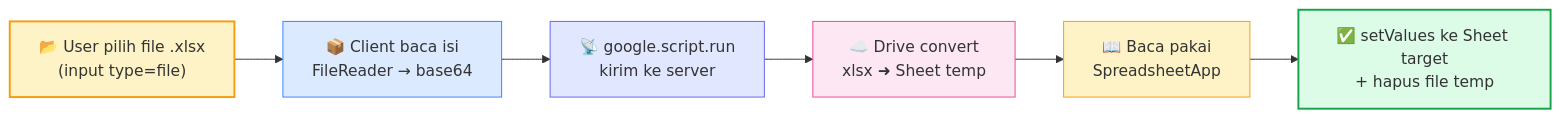
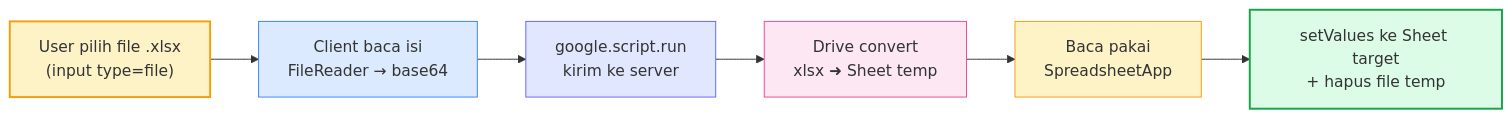
Before and after one commit to githubna-ilham/google-script: the fourth of 4 diagrams in Modul-5-Building-UI-Forms/materi.md, drawn with Mermaid. The commit also changed other lines of this file, not shown here.

````diff
--- a/Modul-5-Building-UI-Forms/materi.md
+++ b/Modul-5-Building-UI-Forms/materi.md
@@ -473,16 +473,16 @@
 ```mermaid
 flowchart LR
-    A["📂 User pilih file .xlsx<br/>(input type=file)"]:::a
-    --> B["📦 Client baca isi<br/>FileReader → base64"]:::b
-    --> C["📡 google.script.run<br/>kirim ke server"]:::c
-    --> D["☁️ Drive convert<br/>xlsx ➜ Sheet temp"]:::d
-    --> E["📖 Baca pakai<br/>SpreadsheetApp"]:::e
-    --> F["✅ setValues ke Sheet target<br/>+ hapus file temp"]:::f
+    A["User pilih file .xlsx<br/>(input type=file)"]:::a
+    --> B["Client baca isi<br/>FileReader → base64"]:::b
+    --> C["google.script.run<br/>kirim ke server"]:::c
+    --> D["Drive convert<br/>xlsx ➜ Sheet temp"]:::d
+    --> E["Baca pakai<br/>SpreadsheetApp"]:::e
+    --> F["setValues ke Sheet target<br/>+ hapus file temp"]:::f
 
     classDef a fill:#fef3c7,stroke:#f59e0b,stroke-width:2px
     classDef b fill:#dbeafe,stroke:#3b82f6
     classDef c fill:#e0e7ff,stroke:#6366f1
     classDef d fill:#fce7f3,stroke:#ec4899
     classDef e fill:#fef3c7,stroke:#f59e0b
     classDef f fill:#dcfce7,stroke:#16a34a,stroke-width:2px
 ```
````
